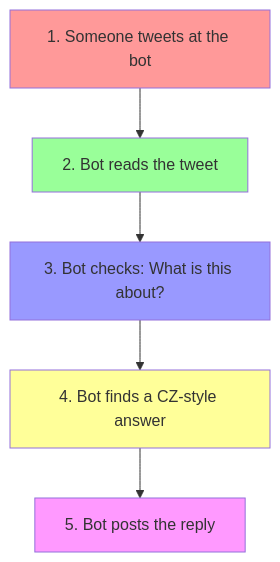
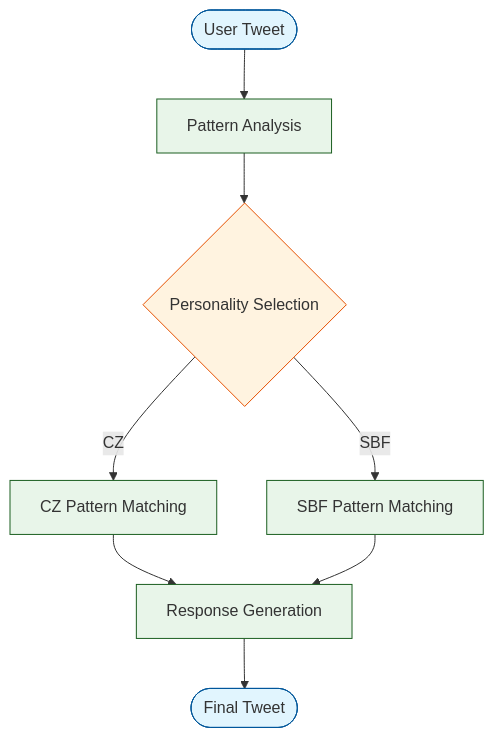
Before and after one commit to humanperzeus/CZ-Ai-Agent-MVP_2: the diagram in README.md, drawn with Mermaid. The commit also changed other lines of this file, not shown here.

Commit message:
Fix(docs): update Mermaid diagram with improved syntax and styling

````diff
--- a/README.md
+++ b/README.md
@@ -8,13 +6,19 @@
 ```mermaid
-graph TD
-    A[1. Someone tweets at the bot] --> B[2. Bot reads the tweet]
-    B --> C[3. Bot checks: What is this about?]
-    C --> D[4. Bot finds a CZ-style answer]
-    D --> E[5. Bot posts the reply]
-    
-    style A fill:#ff9999
-    style B fill:#99ff99
-    style C fill:#9999ff
-    style D fill:#ffff99
-    style E fill:#ff99ff
+flowchart TD
+    A([User Tweet]) --> B[Pattern Analysis]
+    B --> C{Personality Selection}
+    C -->|CZ| D1[CZ Pattern Matching]
+    C -->|SBF| D2[SBF Pattern Matching]
+    D1 --> E[Response Generation]
+    D2 --> E
+    E --> F([Final Tweet])
+
+    classDef input fill:#e1f5fe,stroke:#01579b
+    classDef process fill:#e8f5e9,stroke:#1b5e20
+    classDef decision fill:#fff3e0,stroke:#e65100
+    classDef output fill:#f3e5f5,stroke:#4a148c
+
+    class A,F input
+    class B,D1,D2,E process
+    class C decision
 ```
````
